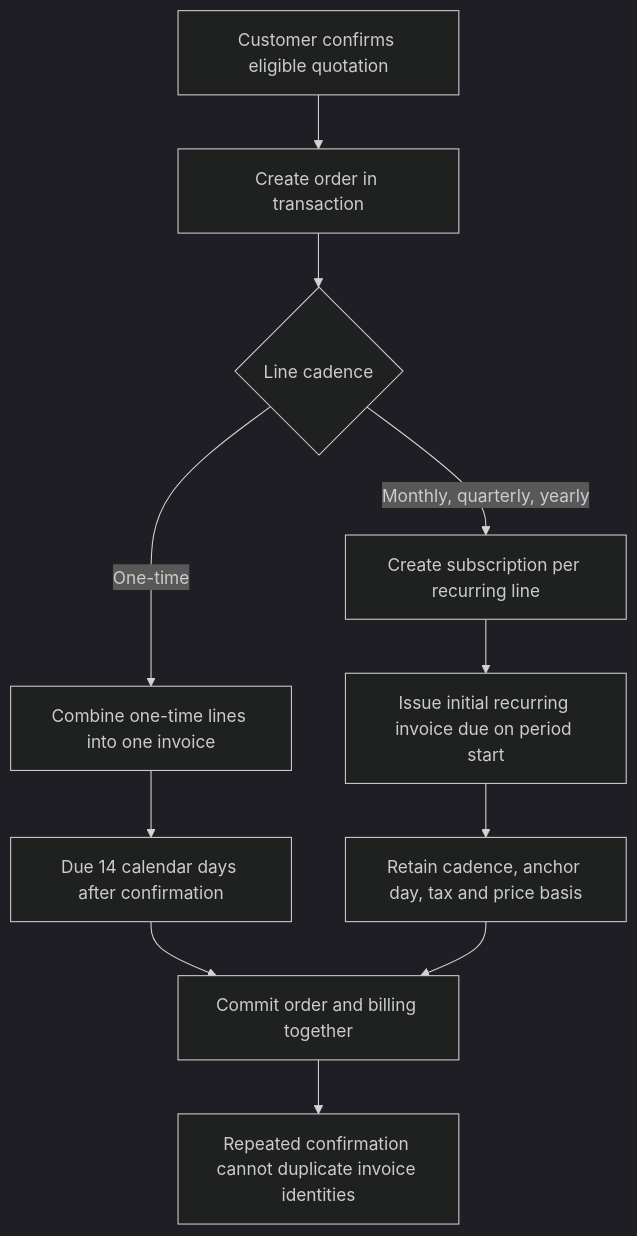
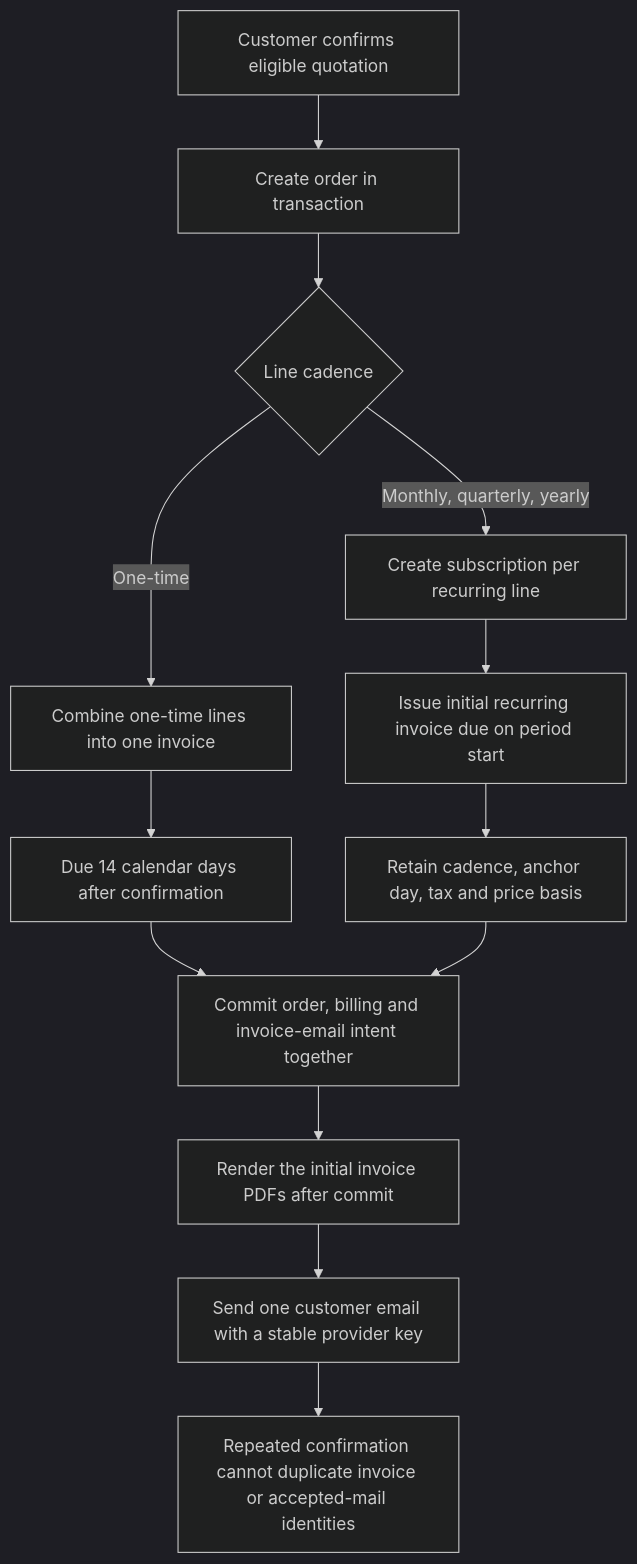
One commit to Chaudhari0707/deal-flow-360 changed the first of 6 diagrams in docs/flows/billing-and-reporting.md. Above: the diagram before and after it, drawn with Mermaid (dark theme). The commit also changed other lines of this file and 14 other files, not shown here.

Commit message:
feat(billing): email invoices after customer confirmation

````diff
--- a/docs/flows/billing-and-reporting.md
+++ b/docs/flows/billing-and-reporting.md
@@ -34,15 +34,17 @@
 ```mermaid
 flowchart TD
   accTitle: Order confirmation creates separate billing streams
-  accDescr: A confirmed order creates one invoice for all one-time lines and one subscription plus initial invoice per recurring line, with stable retry identities.
+  accDescr: A confirmed order creates one invoice for all one-time lines and one subscription plus initial invoice per recurring line, then persists an email intent for those initial invoice PDFs.
   A[Customer confirms eligible quotation] --> B[Create order in transaction]
   B --> C{Line cadence}
   C -->|One-time| D[Combine one-time lines into one invoice]
   D --> E[Due 14 calendar days after confirmation]
   C -->|Monthly, quarterly, yearly| F[Create subscription per recurring line]
   F --> G[Issue initial recurring invoice due on period start]
   G --> H[Retain cadence, anchor day, tax and price basis]
-  E --> I[Commit order and billing together]
+  E --> I[Commit order, billing and invoice-email intent together]
   H --> I
-  I --> J[Repeated confirmation cannot duplicate invoice identities]
+  I --> J[Render the initial invoice PDFs after commit]
+  J --> K[Send one customer email with a stable provider key]
+  K --> L[Repeated confirmation cannot duplicate invoice or accepted-mail identities]
 ```
````
